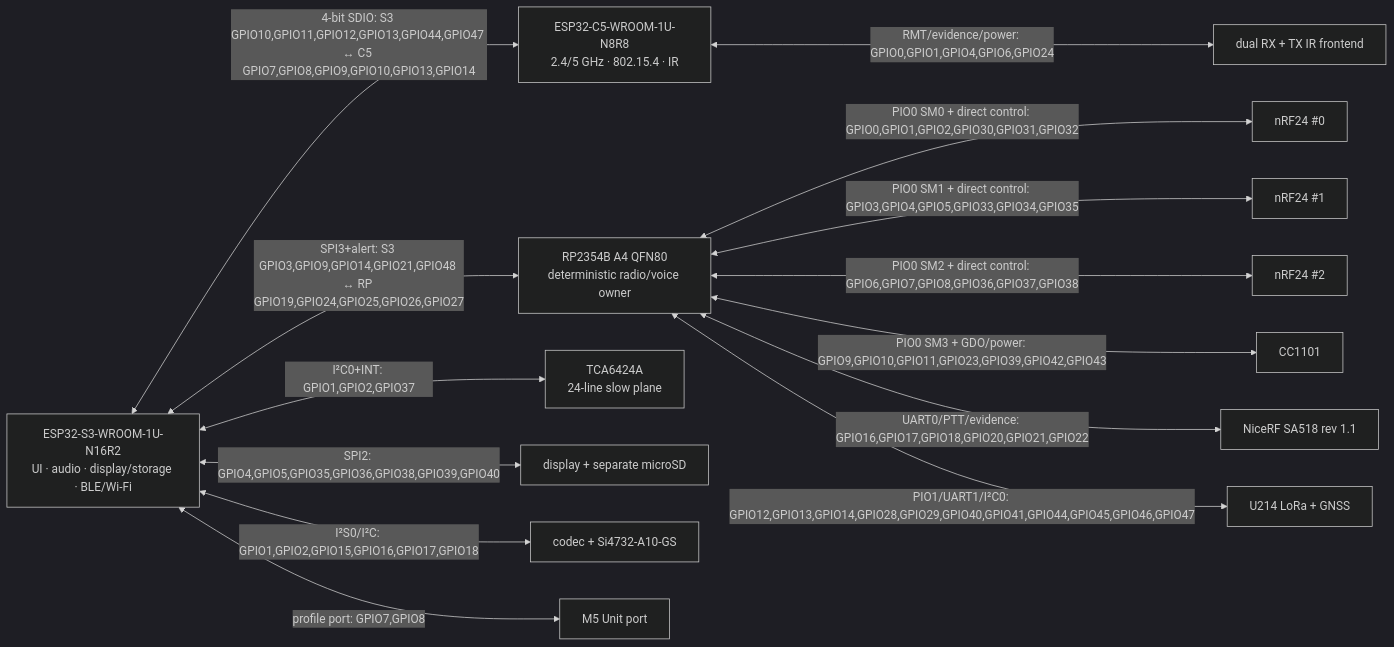
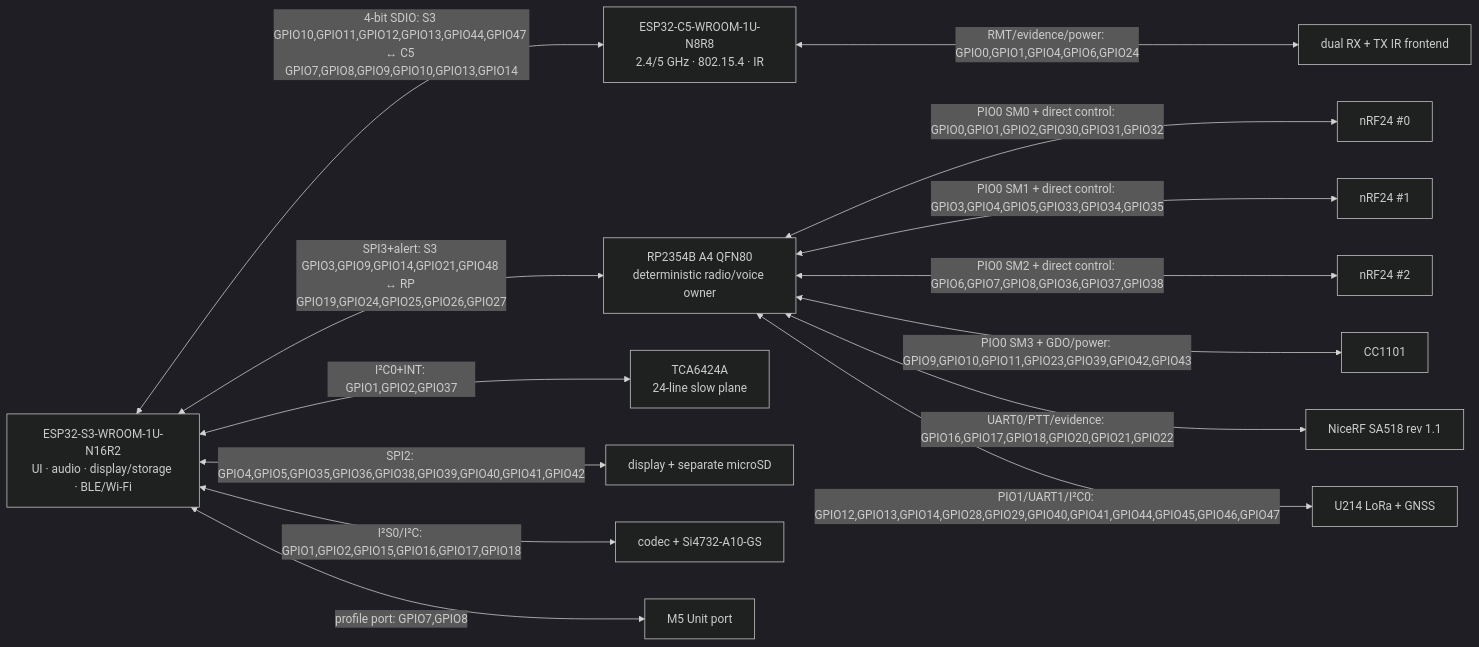
The diagram in docs/review/architecture/generated/G2F-3I-principled-pinout.md (anton-vinogradov/esp32-leshy2), drawn with Mermaid (dark theme) before and after one commit. The commit also changed other lines of this file and 28 other files, not shown here.

````diff
--- a/docs/review/architecture/generated/G2F-3I-principled-pinout.md
+++ b/docs/review/architecture/generated/G2F-3I-principled-pinout.md
@@ -20,30 +20,30 @@
 ```mermaid
 flowchart LR
   S3["ESP32-S3-WROOM-1U-N16R2<br/>UI · audio · display/storage · BLE/Wi-Fi"]
   C5["ESP32-C5-WROOM-1U-N8R8<br/>2.4/5 GHz · 802.15.4 · IR"]
   RP["RP2354B A4 QFN80<br/>deterministic radio/voice owner"]
   SLOW["TCA6424A<br/>24-line slow plane"]
   DISP["display + separate microSD"]
   AUDIO["codec + Si4732-A10-GS"]
   UNIT["M5 Unit port"]
   IR["dual RX + TX IR frontend"]
   N0["nRF24 #0"]
   N1["nRF24 #1"]
   N2["nRF24 #2"]
   CC["CC1101"]
   VOICE["NiceRF SA518 rev 1.1"]
   U214["U214 LoRa + GNSS"]
   S3 <-->|"4-bit SDIO: S3 GPIO10,GPIO11,GPIO12,GPIO13,GPIO44,GPIO47 ↔ C5 GPIO7,GPIO8,GPIO9,GPIO10,GPIO13,GPIO14"| C5
   S3 <-->|"SPI3+alert: S3 GPIO3,GPIO9,GPIO14,GPIO21,GPIO48 ↔ RP GPIO19,GPIO24,GPIO25,GPIO26,GPIO27"| RP
   S3 <-->|"I²C0+INT: GPIO1,GPIO2,GPIO37"| SLOW
-  S3 <-->|"SPI2: GPIO4,GPIO5,GPIO35,GPIO36,GPIO38,GPIO39,GPIO40"| DISP
+  S3 <-->|"SPI2: GPIO4,GPIO5,GPIO35,GPIO36,GPIO38,GPIO39,GPIO40,GPIO41,GPIO42"| DISP
   S3 <-->|"I²S0/I²C: GPIO1,GPIO2,GPIO15,GPIO16,GPIO17,GPIO18"| AUDIO
   S3 <-->|"profile port: GPIO7,GPIO8"| UNIT
   C5 <-->|"RMT/evidence/power: GPIO0,GPIO1,GPIO4,GPIO6,GPIO24"| IR
   RP <-->|"PIO0 SM0 + direct control: GPIO0,GPIO1,GPIO2,GPIO30,GPIO31,GPIO32"| N0
   RP <-->|"PIO0 SM1 + direct control: GPIO3,GPIO4,GPIO5,GPIO33,GPIO34,GPIO35"| N1
   RP <-->|"PIO0 SM2 + direct control: GPIO6,GPIO7,GPIO8,GPIO36,GPIO37,GPIO38"| N2
   RP <-->|"PIO0 SM3 + GDO/power: GPIO9,GPIO10,GPIO11,GPIO23,GPIO39,GPIO42,GPIO43"| CC
   RP <-->|"UART0/PTT/evidence: GPIO16,GPIO17,GPIO18,GPIO20,GPIO21,GPIO22"| VOICE
   RP <-->|"PIO1/UART1/I²C0: GPIO12,GPIO13,GPIO14,GPIO28,GPIO29,GPIO40,GPIO41,GPIO44,GPIO45,GPIO46,GPIO47"| U214
 ```
````
